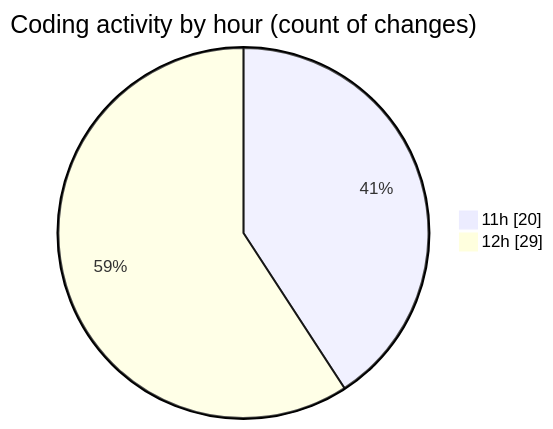
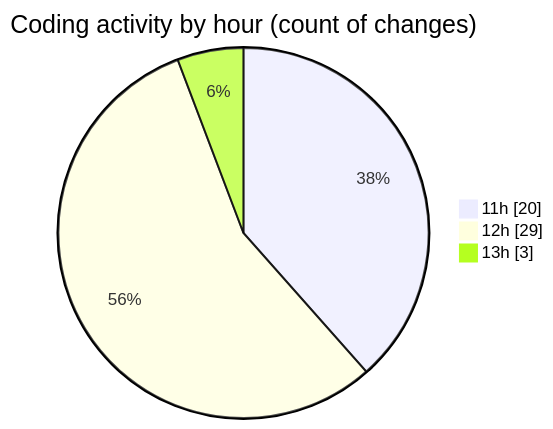
The second of 2 diagrams in 2025-12-11/nxtqube_webapp/README.md (nxtqubesakshisongat/code-tracking), drawn with Mermaid before and after one commit. The commit also changed other lines of this file and 1 other file, not shown here.

````diff
--- a/2025-12-11/nxtqube_webapp/README.md
+++ b/2025-12-11/nxtqube_webapp/README.md
@@ -39,6 +40,7 @@
 ```mermaid
 pie showData
 title Coding activity by hour (count of changes)
 "11h" : 20
 "12h" : 29
+"13h" : 3
 ```
````
